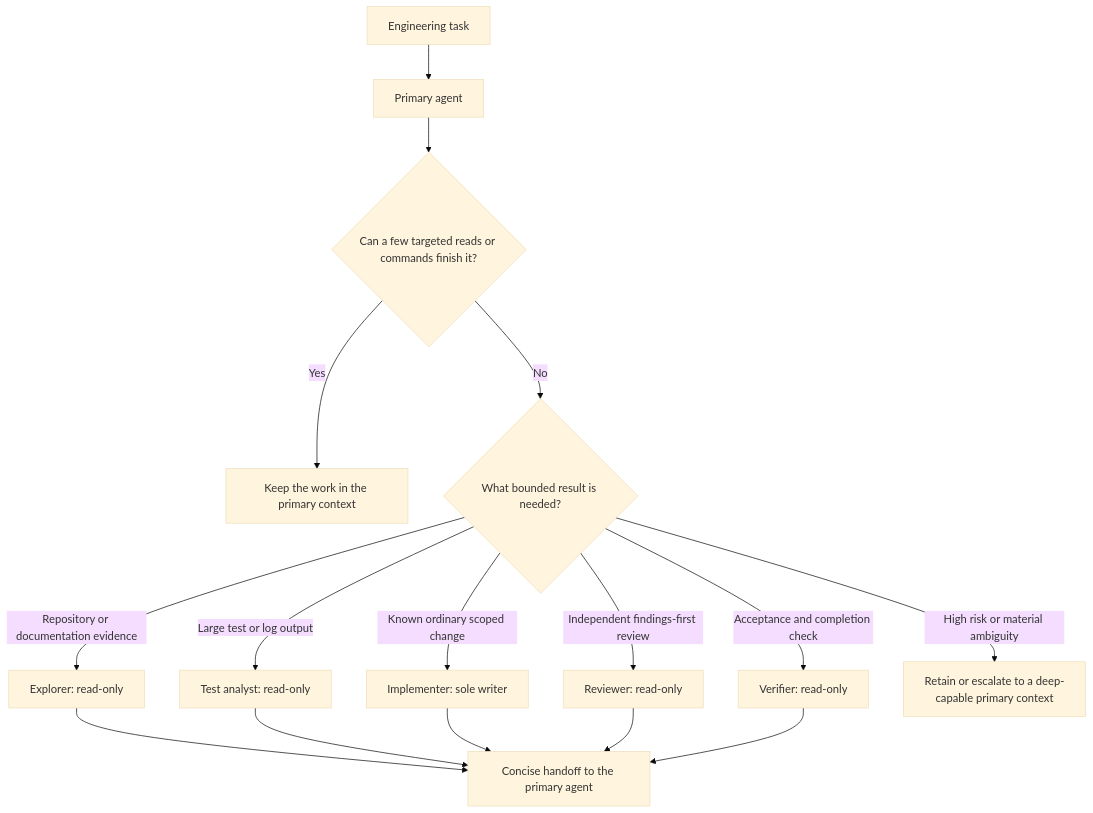
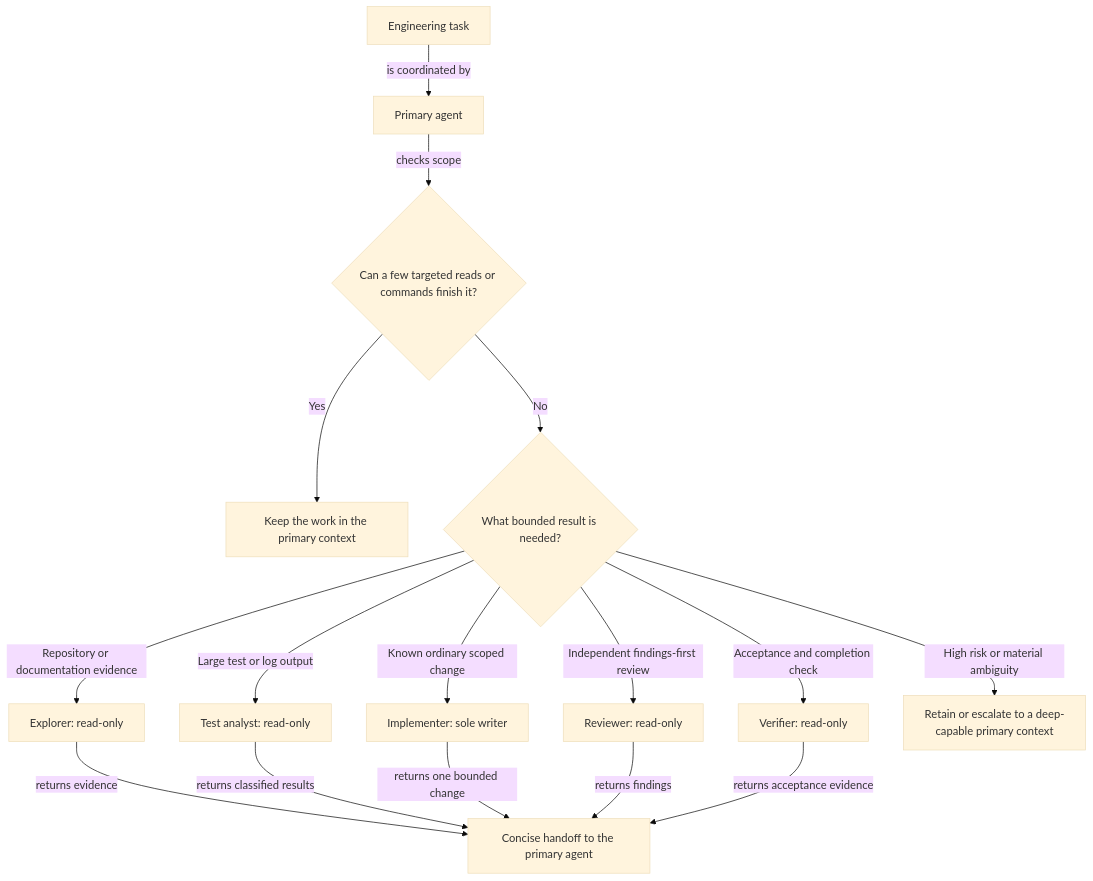
Before and after one commit to ZarrenSpryXplor/ai-engineering-guardrails: the second of 2 diagrams in docs/routing-and-cost.md, drawn with Mermaid (base theme). The commit also changed other lines of this file and 13 other files, not shown here.

Commit message:
Apply diagramming skill to project.

````diff
--- a/docs/routing-and-cost.md
+++ b/docs/routing-and-cost.md
@@ -112,18 +116,18 @@
 ```mermaid
 flowchart TD
-    task["Engineering task"] --> primary["Primary agent"]
-    primary --> small{"Can a few targeted reads or commands finish it?"}
+    task["Engineering task"] -->|is coordinated by| primary["Primary agent"]
+    primary -->|checks scope| small{"Can a few targeted reads or commands finish it?"}
     small -->|Yes| local["Keep the work in the primary context"]
     small -->|No| need{"What bounded result is needed?"}
     need -->|Repository or documentation evidence| explorer["Explorer: read-only"]
     need -->|Large test or log output| analyst["Test analyst: read-only"]
     need -->|Known ordinary scoped change| implementer["Implementer: sole writer"]
     need -->|Independent findings-first review| reviewer["Reviewer: read-only"]
     need -->|Acceptance and completion check| verifier["Verifier: read-only"]
     need -->|High risk or material ambiguity| highRisk["Retain or escalate to a deep-capable primary context"]
-    explorer --> handoff["Concise handoff to the primary agent"]
-    analyst --> handoff
-    implementer --> handoff
-    reviewer --> handoff
-    verifier --> handoff
+    explorer -->|returns evidence| handoff["Concise handoff to the primary agent"]
+    analyst -->|returns classified results| handoff
+    implementer -->|returns one bounded change| handoff
+    reviewer -->|returns findings| handoff
+    verifier -->|returns acceptance evidence| handoff
 ```
````
